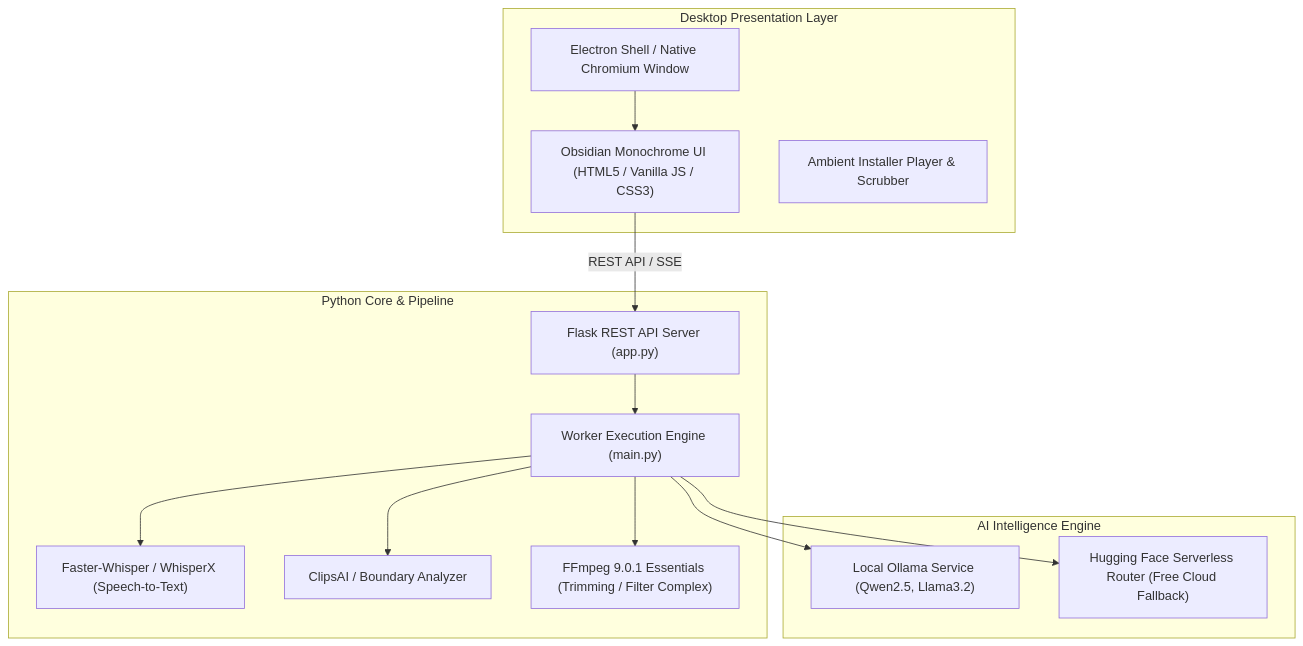
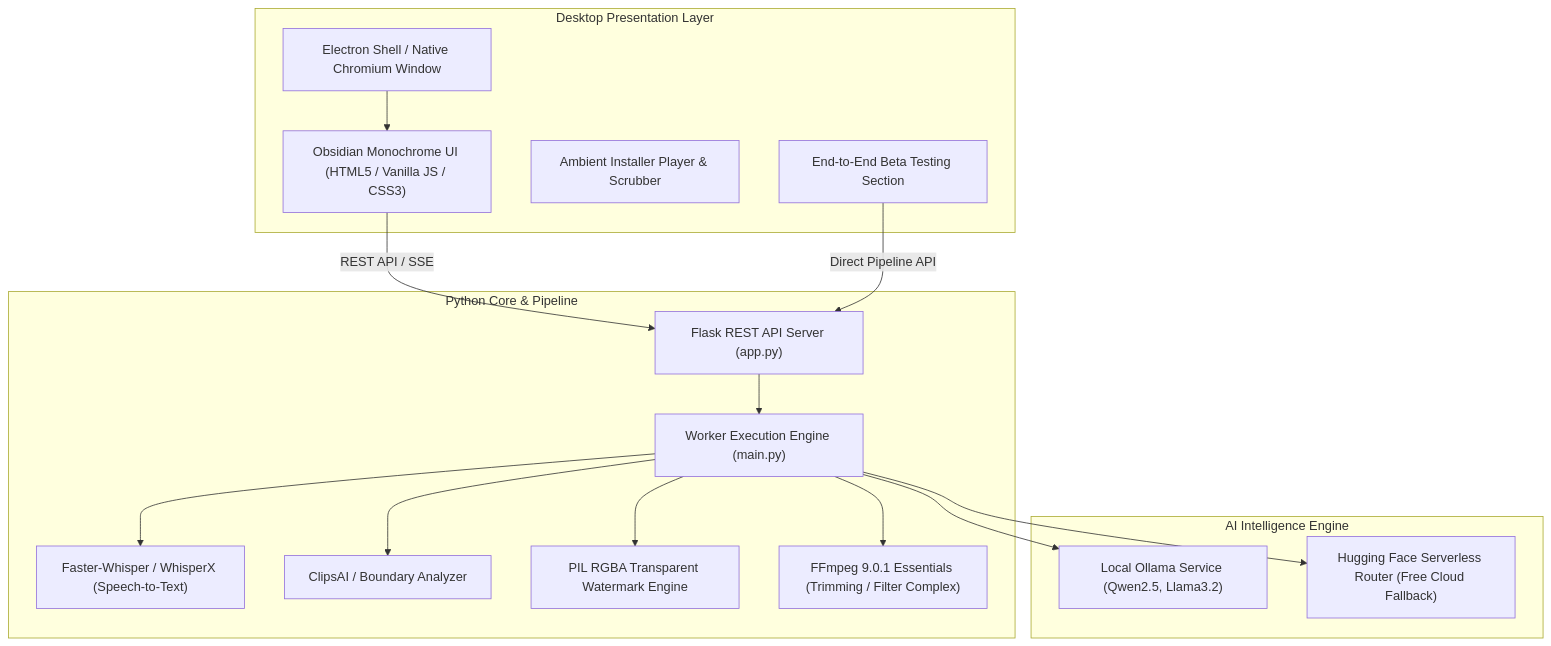
The diagram in summary.md (itsprash18/Clipify-AI-Video-Clipper-FREE), drawn with Mermaid before and after one commit. The commit also changed other lines of this file and 10 other files, not shown here.

Commit message:
release: v4.0.5 - Premium Captions with pop and situational cues, transparent text watermark, Beta Testing section, and installer extraction fixes

````diff
--- a/summary.md
+++ b/summary.md
@@ -20,30 +22,34 @@
 ```mermaid
 flowchart TD
     subgraph Frontend["Desktop Presentation Layer"]
         UI["Obsidian Monochrome UI (HTML5 / Vanilla JS / CSS3)"]
         Electron["Electron Shell / Native Chromium Window"]
         Audio["Ambient Installer Player & Scrubber"]
+        BetaWorkspace["End-to-End Beta Testing Section"]
     end
 
     subgraph Backend["Python Core & Pipeline"]
         Flask["Flask REST API Server (app.py)"]
         Pipeline["Worker Execution Engine (main.py)"]
         Whisper["Faster-Whisper / WhisperX (Speech-to-Text)"]
         ClipsAI["ClipsAI / Boundary Analyzer"]
+        PILOverlay["PIL RGBA Transparent Watermark Engine"]
         FFmpeg["FFmpeg 9.0.1 Essentials (Trimming / Filter Complex)"]
     end
 
     subgraph AI["AI Intelligence Engine"]
         Ollama["Local Ollama Service (Qwen2.5, Llama3.2)"]
         HF["Hugging Face Serverless Router (Free Cloud Fallback)"]
     end
 
     Electron --> UI
     UI -->|REST API / SSE| Flask
+    BetaWorkspace -->|Direct Pipeline API| Flask
     Flask --> Pipeline
     Pipeline --> Whisper
     Pipeline --> ClipsAI
+    Pipeline --> PILOverlay
     Pipeline --> FFmpeg
     Pipeline --> Ollama
     Pipeline --> HF
 ```
````
